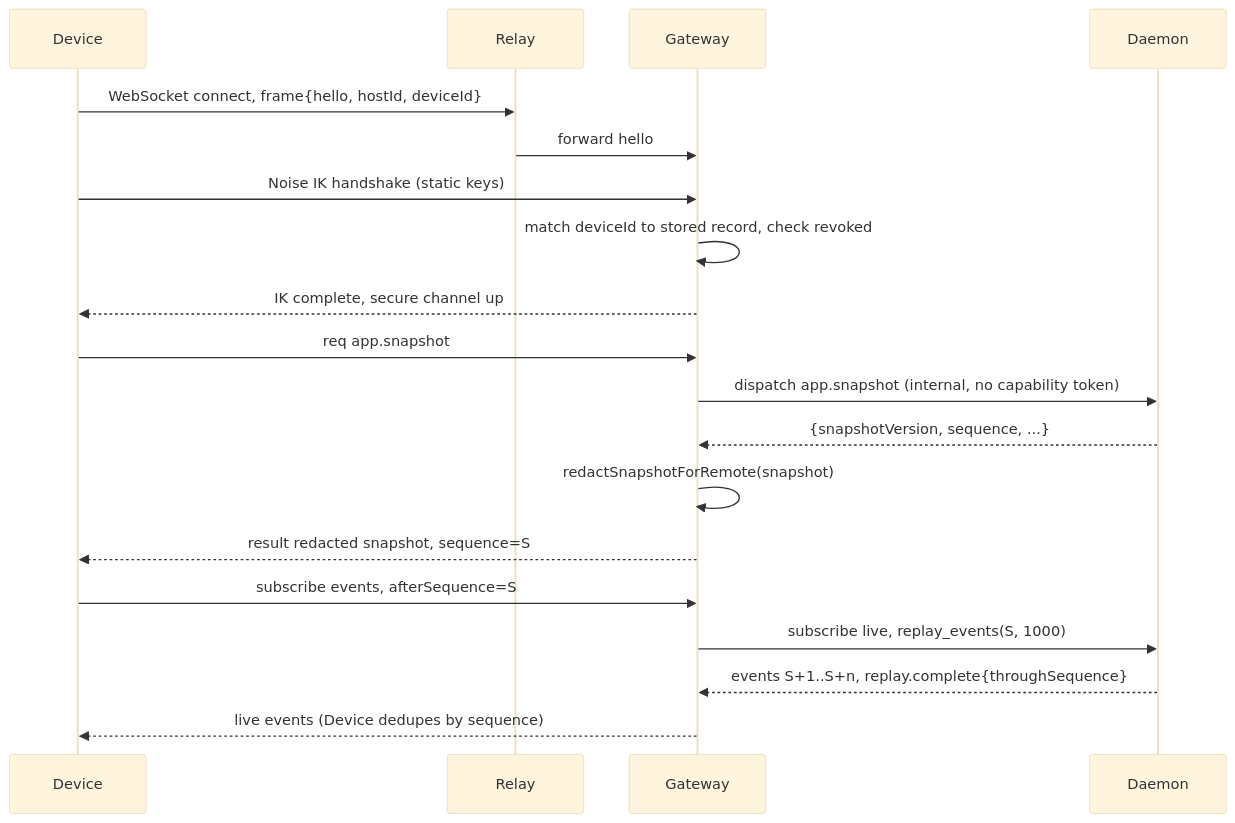
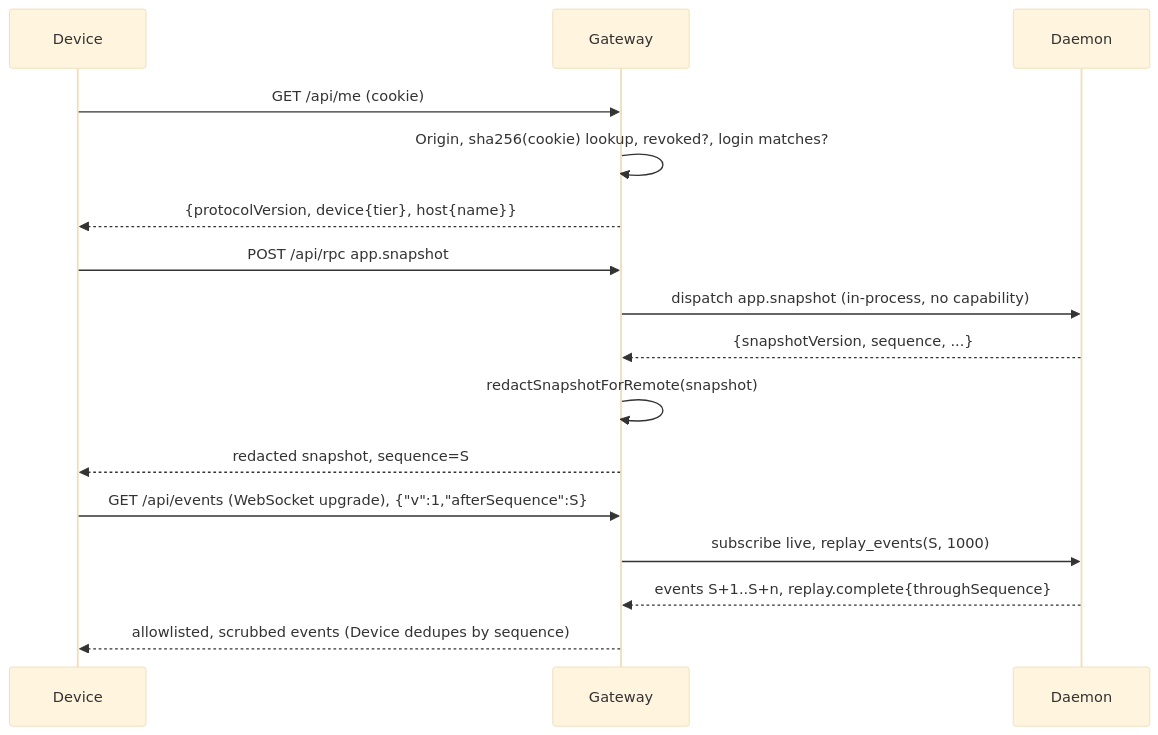
The second of 7 diagrams in docs/remote/SEQUENCES.md (sico-vibes/bloblex), drawn with Mermaid (base theme) before and after one commit. The commit also changed other lines of this file and 10 other files, not shown here.

````diff
--- a/docs/remote/SEQUENCES.md
+++ b/docs/remote/SEQUENCES.md
@@ -63,22 +61,19 @@
 ```mermaid
 sequenceDiagram
     participant Device
-    participant Relay
     participant Gateway
     participant Daemon
 
-    Device->>Relay: WebSocket connect, frame{hello, hostId, deviceId}
-    Relay->>Gateway: forward hello
-    Device->>Gateway: Noise IK handshake (static keys)
-    Gateway->>Gateway: match deviceId to stored record, check revoked
-    Gateway-->>Device: IK complete, secure channel up
-    Device->>Gateway: req app.snapshot
-    Gateway->>Daemon: dispatch app.snapshot (internal, no capability token)
+    Device->>Gateway: GET /api/me (cookie)
+    Gateway->>Gateway: Origin, sha256(cookie) lookup, revoked?, login matches?
+    Gateway-->>Device: {protocolVersion, device{tier}, host{name}}
+    Device->>Gateway: POST /api/rpc app.snapshot
+    Gateway->>Daemon: dispatch app.snapshot (in-process, no capability)
     Daemon-->>Gateway: {snapshotVersion, sequence, ...}
     Gateway->>Gateway: redactSnapshotForRemote(snapshot)
-    Gateway-->>Device: result redacted snapshot, sequence=S
-    Device->>Gateway: subscribe events, afterSequence=S
+    Gateway-->>Device: redacted snapshot, sequence=S
+    Device->>Gateway: GET /api/events (WebSocket upgrade), {"v":1,"afterSequence":S}
     Gateway->>Daemon: subscribe live, replay_events(S, 1000)
     Daemon-->>Gateway: events S+1..S+n, replay.complete{throughSequence}
-    Gateway-->>Device: live events (Device dedupes by sequence)
+    Gateway-->>Device: allowlisted, scrubbed events (Device dedupes by sequence)
 ```
````
